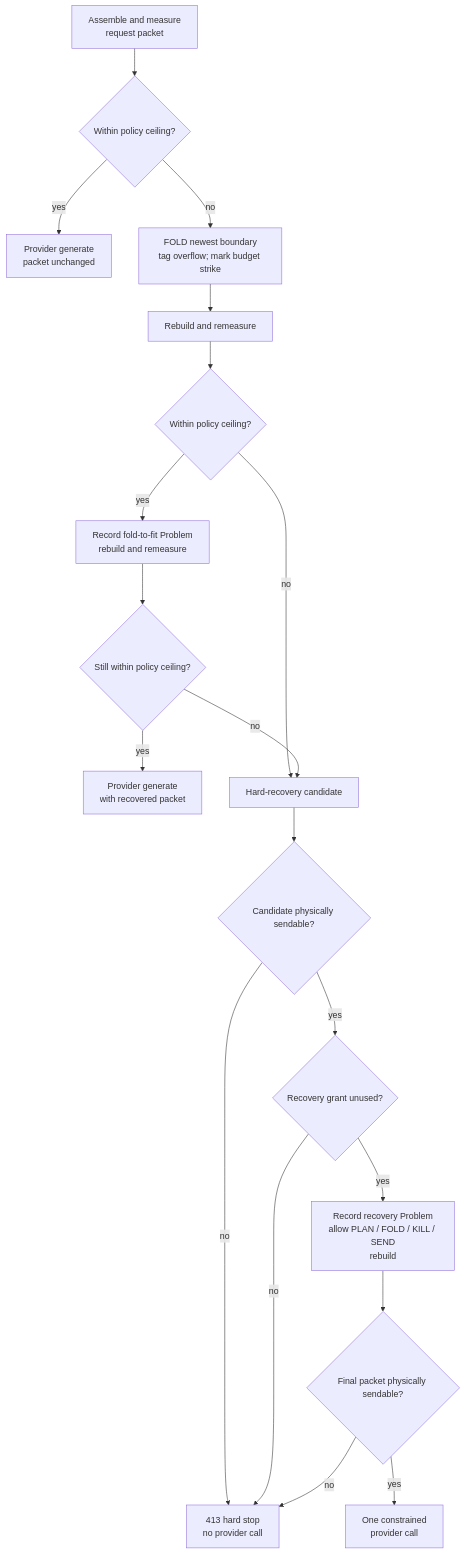
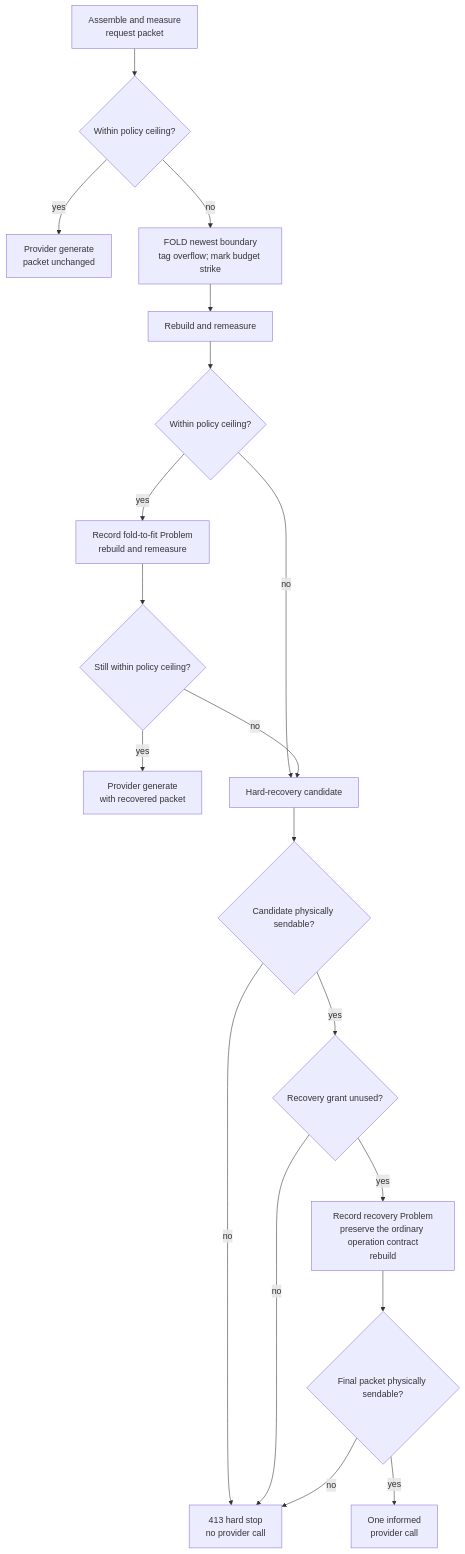
Diagram 16 of 18 in plurnk-core/SPEC.md (plurnk/plurnk-service), drawn with Mermaid before and after one commit. The commit also changed other lines of this file and 11 other files, not shown here.

Commit message:
fix(core): preserve model latitude during budget recovery (#217)

````diff
--- a/plurnk-core/SPEC.md
+++ b/plurnk-core/SPEC.md
@@ -2363,21 +2363,21 @@
 ```mermaid
 flowchart TD
     assemble["Assemble and measure<br/>request packet"] --> policy{"Within policy ceiling?"}
     policy -->|yes| unchanged["Provider generate<br/>packet unchanged"]
     policy -->|no| fold["FOLD newest boundary<br/>tag overflow; mark budget strike"]
     fold --> rebuild["Rebuild and remeasure"]
     rebuild --> folded{"Within policy ceiling?"}
     folded -->|yes| receipt["Record fold-to-fit Problem<br/>rebuild and remeasure"]
     receipt --> finalPolicy{"Still within policy ceiling?"}
     finalPolicy -->|yes| recovered["Provider generate<br/>with recovered packet"]
     folded -->|no| candidate["Hard-recovery candidate"]
     finalPolicy -->|no| candidate
     candidate --> physical{"Candidate physically sendable?"}
     physical -->|no| stop["413 hard stop<br/>no provider call"]
     physical -->|yes| grant{"Recovery grant unused?"}
     grant -->|no| stop
-    grant -->|yes| steer["Record recovery Problem<br/>allow PLAN / FOLD / KILL / SEND<br/>rebuild"]
+    grant -->|yes| steer["Record recovery Problem<br/>preserve the ordinary operation contract<br/>rebuild"]
     steer --> finalPhysical{"Final packet physically sendable?"}
-    finalPhysical -->|yes| recovery["One constrained<br/>provider call"]
+    finalPhysical -->|yes| recovery["One informed<br/>provider call"]
     finalPhysical -->|no| stop
 ```
````
